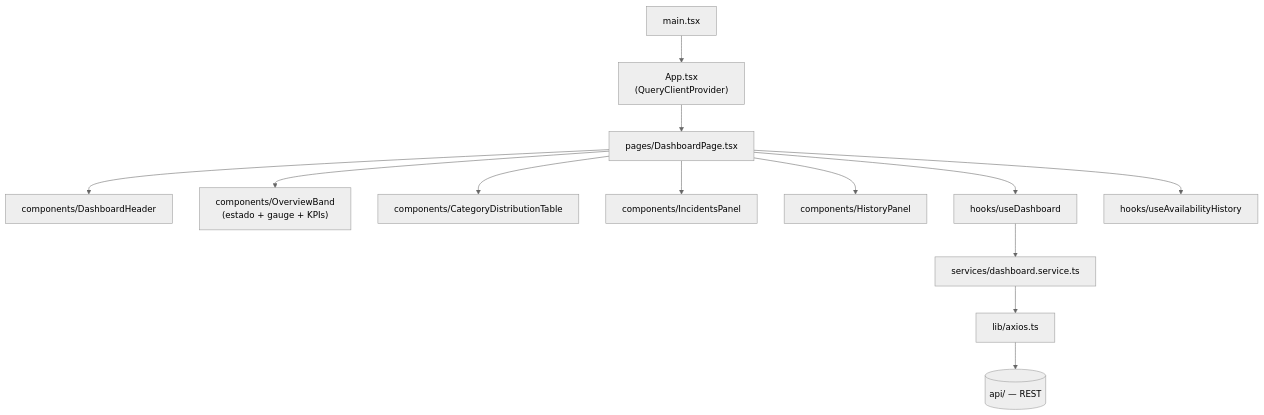
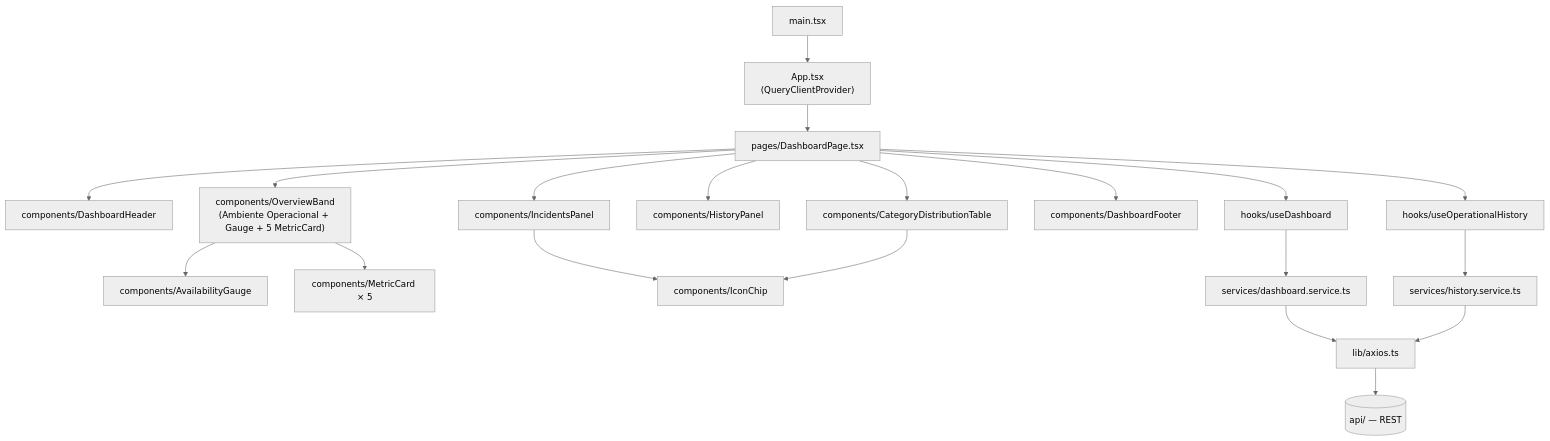
Before and after one commit to alanerochaa/buni-hub-dashboard: the diagram in README.md, drawn with Mermaid (neutral theme). The commit also changed other lines of this file and 15 other files, not shown here.

Commit message:
feat(dashboard): integra histórico operacional e atualiza indicadores

````diff
--- a/README.md
+++ b/README.md
@@ -62,15 +103,22 @@
 ```mermaid
 flowchart TB
     Main["main.tsx"] --> App["App.tsx<br/>(QueryClientProvider)"]
     App --> Page["pages/DashboardPage.tsx"]
     Page --> Header["components/DashboardHeader"]
-    Page --> Overview["components/OverviewBand<br/>(estado + gauge + KPIs)"]
-    Page --> Dist["components/CategoryDistributionTable"]
+    Page --> Overview["components/OverviewBand<br/>(Ambiente Operacional + Gauge + 5 MetricCard)"]
+    Overview --> Gauge["components/AvailabilityGauge"]
+    Overview --> Metric["components/MetricCard × 5"]
     Page --> Incidents["components/IncidentsPanel"]
     Page --> History["components/HistoryPanel"]
+    Page --> Dist["components/CategoryDistributionTable"]
+    Incidents --> Chip["components/IconChip"]
+    Dist --> Chip
+    Page --> Footer["components/DashboardFooter"]
     Page --> Hook["hooks/useDashboard"]
-    Page --> HistHook["hooks/useAvailabilityHistory"]
+    Page --> HistHook["hooks/useOperationalHistory"]
     Hook --> Svc["services/dashboard.service.ts"]
+    HistHook --> HistSvc["services/history.service.ts"]
     Svc --> Axios["lib/axios.ts"]
+    HistSvc --> Axios
     Axios --> API[("api/ — REST")]
 ```
````
